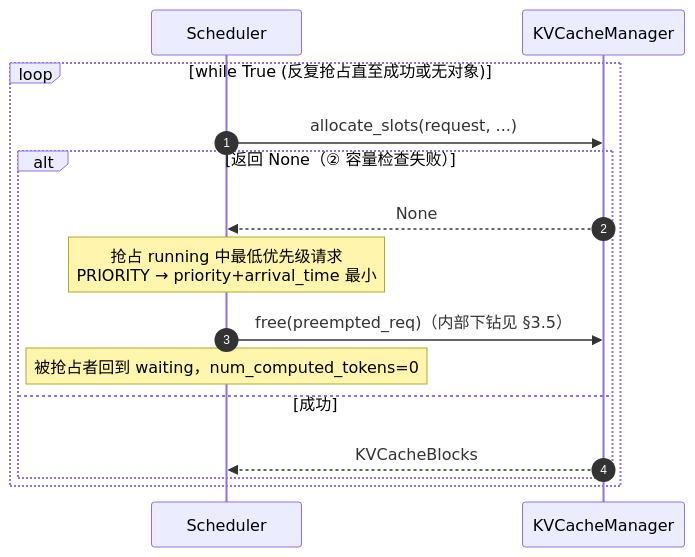
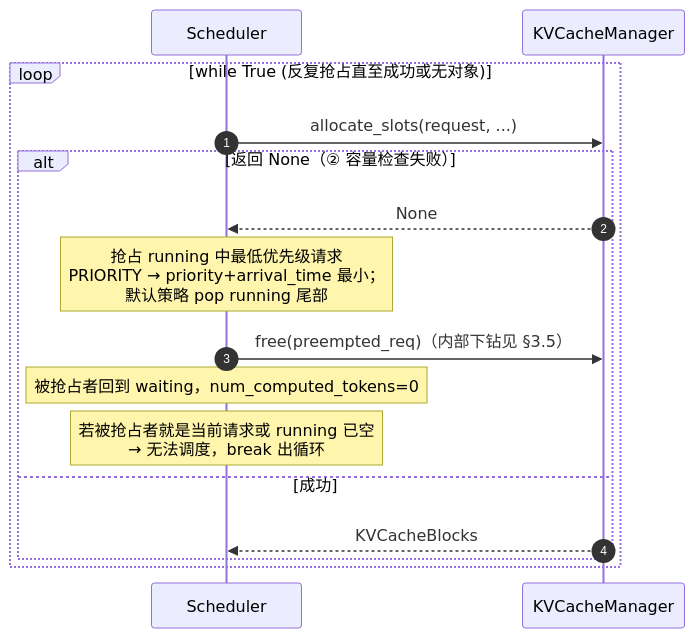
One commit to GoCHug/vllm changed the ninth of 9 diagrams in vllm/v1/core/kvcache_docs/0_end_to_end_sequence.md. Above: the diagram before and after it, drawn with Mermaid. The commit also changed other lines of this file, not shown here.

````diff
--- a/vllm/v1/core/kvcache_docs/0_end_to_end_sequence.md
+++ b/vllm/v1/core/kvcache_docs/0_end_to_end_sequence.md
@@ -334,18 +443,19 @@
 ```mermaid
 %%{init: {"themeVariables": {"actorFontSize": "11px", "messageFontSize": "11px", "noteFontSize": "11px"}, "sequence": {"actorMargin": 40, "messageMargin": 16, "noteMargin": 8, "boxMargin": 8, "boxTextMargin": 4, "messageAlign": "center", "mirrorActors": true, "height": 45}}}%%
 sequenceDiagram
     autonumber
     participant Scheduler
     participant KVCacheManager
     loop while True   (反复抢占直至成功或无对象)
         Scheduler->>KVCacheManager: allocate_slots(request, ...)
         alt 返回 None（② 容量检查失败）
             KVCacheManager-->>Scheduler: None
-            Note over Scheduler: 抢占 running 中最低优先级请求<br/>PRIORITY → priority+arrival_time 最小
+            Note over Scheduler: 抢占 running 中最低优先级请求<br/>PRIORITY → priority+arrival_time 最小；<br/>默认策略 pop running 尾部
             Scheduler->>KVCacheManager: free(preempted_req)（内部下钻见 §3.5）
             Note over Scheduler: 被抢占者回到 waiting，num_computed_tokens=0
+            Note over Scheduler: 若被抢占者就是当前请求或 running 已空<br/>→ 无法调度，break 出循环
         else 成功
             KVCacheManager-->>Scheduler: KVCacheBlocks
         end
     end
 ```
````
